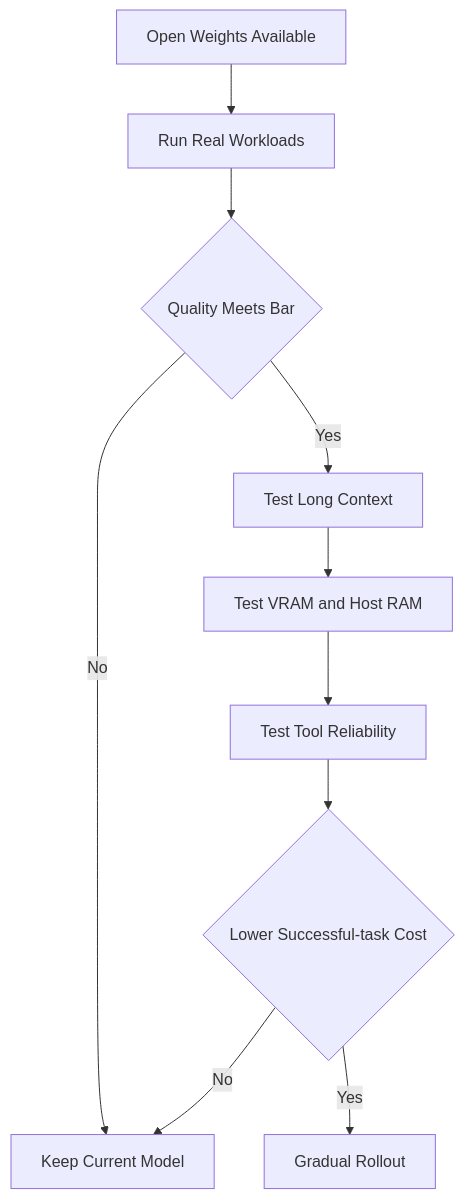
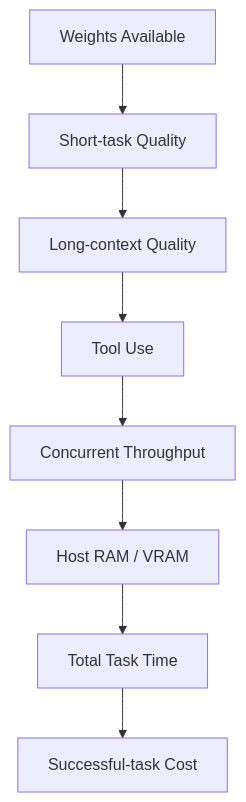
Before and after one commit to wlf186/ai-daily-headlines: diagram 15 of 22 in 260827.md, drawn with Mermaid. The commit also changed other lines of this file, not shown here.

````diff
--- a/260827.md
+++ b/260827.md
@@ -542,12 +642,10 @@
 ```mermaid
 flowchart TD
-    QD1[Open Weights Available] --> QD2[Run Real Workloads]
-    QD2 --> QD3{Quality Meets Bar}
-    QD3 -- No --> QD4[Keep Current Model]
-    QD3 -- Yes --> QD5[Test Long Context]
-    QD5 --> QD6[Test VRAM and Host RAM]
-    QD6 --> QD7[Test Tool Reliability]
-    QD7 --> QD8{Lower Successful-task Cost}
-    QD8 -- Yes --> QD9[Gradual Rollout]
-    QD8 -- No --> QD4
+    QE1[Weights Available] --> QE2[Short-task Quality]
+    QE2 --> QE3[Long-context Quality]
+    QE3 --> QE4[Tool Use]
+    QE4 --> QE5[Concurrent Throughput]
+    QE5 --> QE6[Host RAM / VRAM]
+    QE6 --> QE7[Total Task Time]
+    QE7 --> QE8[Successful-task Cost]
 ```
````
